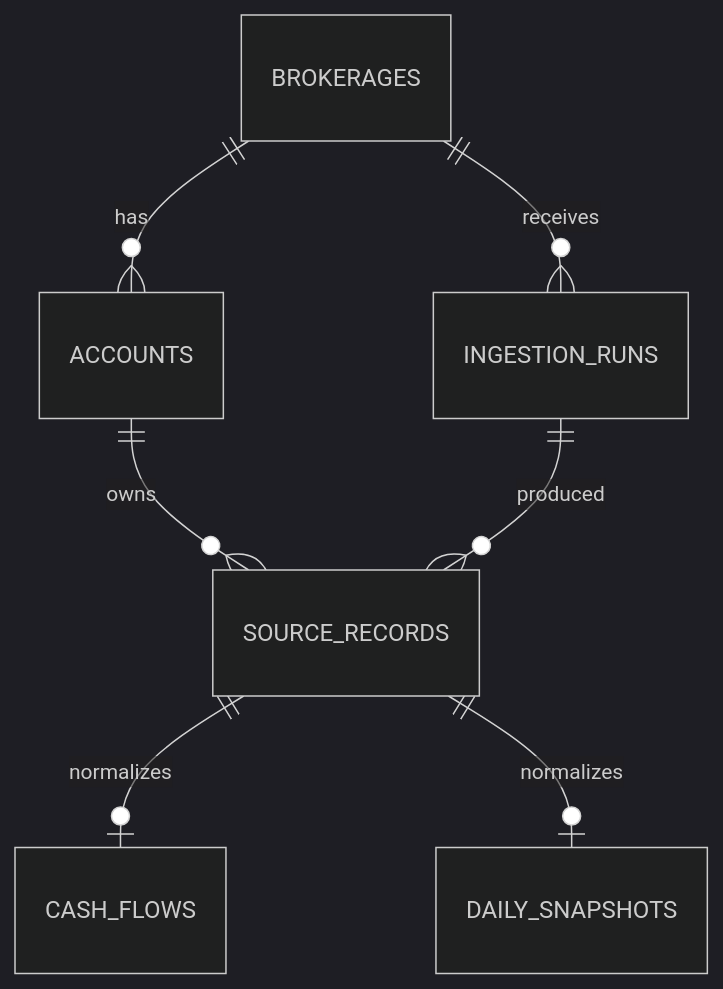
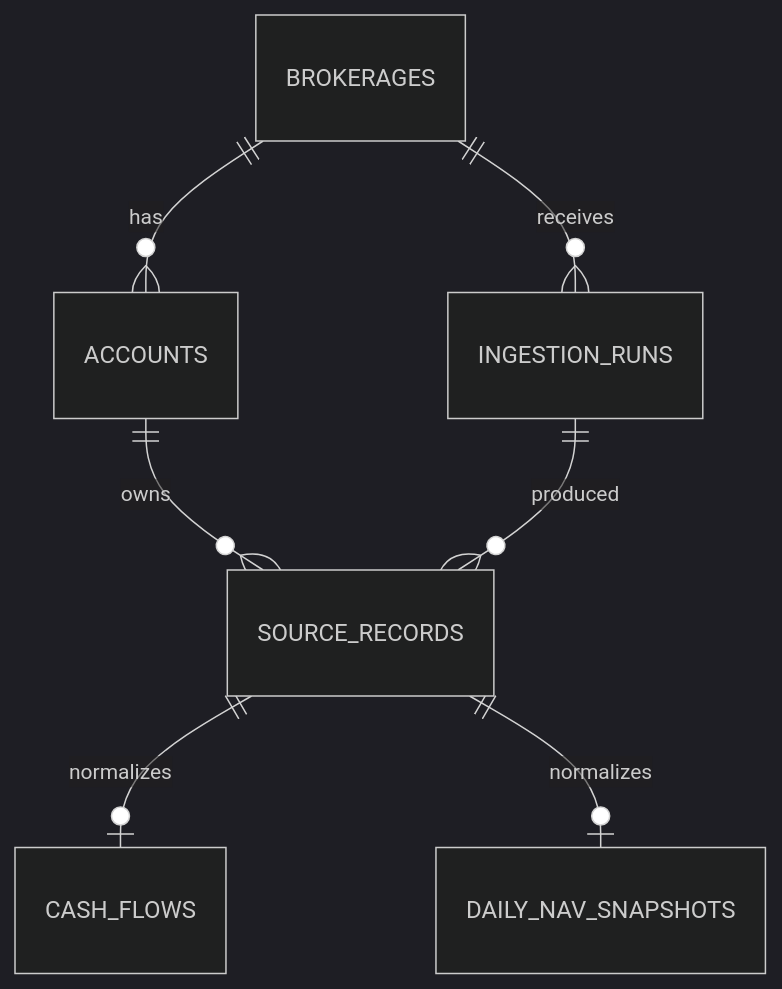
One commit to aninditkarmakar/superfolio changed the first of 2 diagrams in docs/er-diagram.md. Above: the diagram before and after it, drawn with Mermaid (dark theme). The commit also changed other lines of this file and 5 other files, not shown here.

Commit message:
Add MVP portfolio schema migration

````diff
--- a/docs/er-diagram.md
+++ b/docs/er-diagram.md
@@ -7,9 +7,9 @@
 ```mermaid
 erDiagram
     BROKERAGES ||--o{ ACCOUNTS : has
     BROKERAGES ||--o{ INGESTION_RUNS : receives
     ACCOUNTS ||--o{ SOURCE_RECORDS : owns
     INGESTION_RUNS ||--o{ SOURCE_RECORDS : produced
     SOURCE_RECORDS ||--o| CASH_FLOWS : normalizes
-    SOURCE_RECORDS ||--o| DAILY_SNAPSHOTS : normalizes
+    SOURCE_RECORDS ||--o| DAILY_NAV_SNAPSHOTS : normalizes
 ```
````
